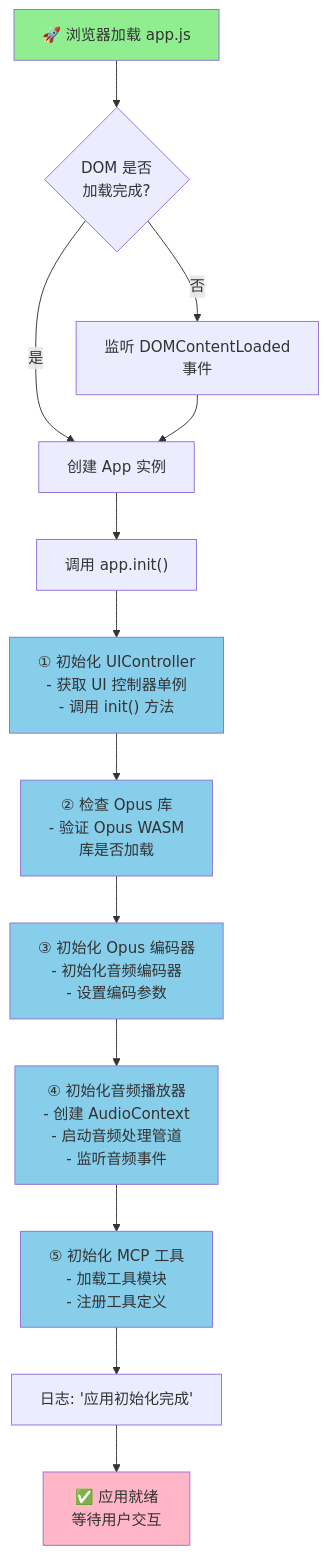
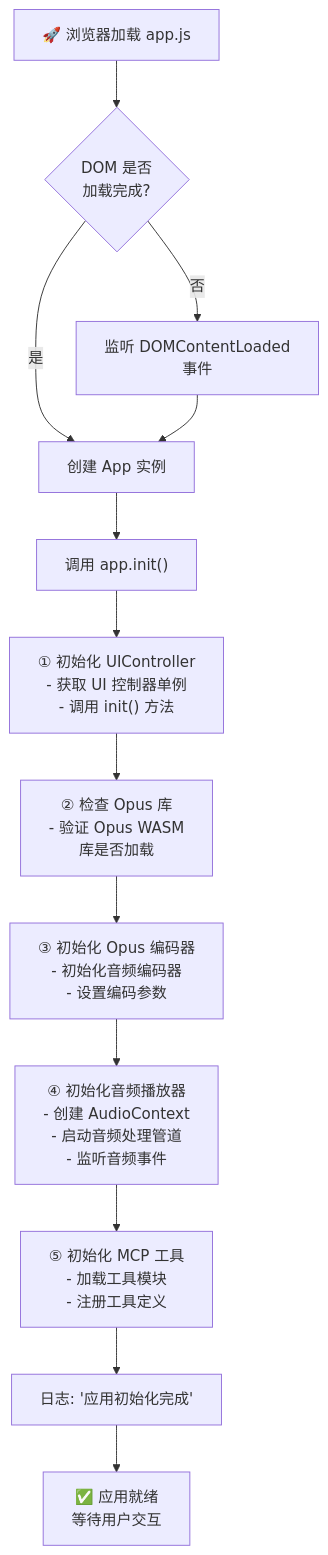
Diagram 21 of 41 in 设计说明.md (jihengzhang/xiaozhi-esp32-server), drawn with Mermaid before and after one commit. The commit also changed other lines of this file and 37 other files, not shown here.

````diff
--- a/设计说明.md
+++ b/设计说明.md
@@ -3279,31 +3932,24 @@
 ```mermaid
 flowchart TD
     Start["🚀 浏览器加载 app.js"] --> CheckDOM{"DOM 是否<br/>加载完成?"}
     
     CheckDOM -->|否| ListenDOM["监听 DOMContentLoaded<br/>事件"]
     CheckDOM -->|是| CreateApp["创建 App 实例"]
     ListenDOM --> CreateApp
     
     CreateApp --> CallInit["调用 app.init()"]
     
     CallInit --> InitStep1["① 初始化 UIController<br/>- 获取 UI 控制器单例<br/>- 调用 init() 方法"]
     
     InitStep1 --> InitStep2["② 检查 Opus 库<br/>- 验证 Opus WASM<br/>库是否加载"]
     
     InitStep2 --> InitStep3["③ 初始化 Opus 编码器<br/>- 初始化音频编码器<br/>- 设置编码参数"]
     
     InitStep3 --> InitStep4["④ 初始化音频播放器<br/>- 创建 AudioContext<br/>- 启动音频处理管道<br/>- 监听音频事件"]
     
     InitStep4 --> InitStep5["⑤ 初始化 MCP 工具<br/>- 加载工具模块<br/>- 注册工具定义"]
     
     InitStep5 --> LogSuccess["日志: '应用初始化完成'"]
     LogSuccess --> Ready["✅ 应用就绪<br/>等待用户交互"]
     
-    style Start fill:#90EE90
-    style Ready fill:#FFB6C6
-    style InitStep1 fill:#87CEEB
-    style InitStep2 fill:#87CEEB
-    style InitStep3 fill:#87CEEB
-    style InitStep4 fill:#87CEEB
-    style InitStep5 fill:#87CEEB
 ```
````
